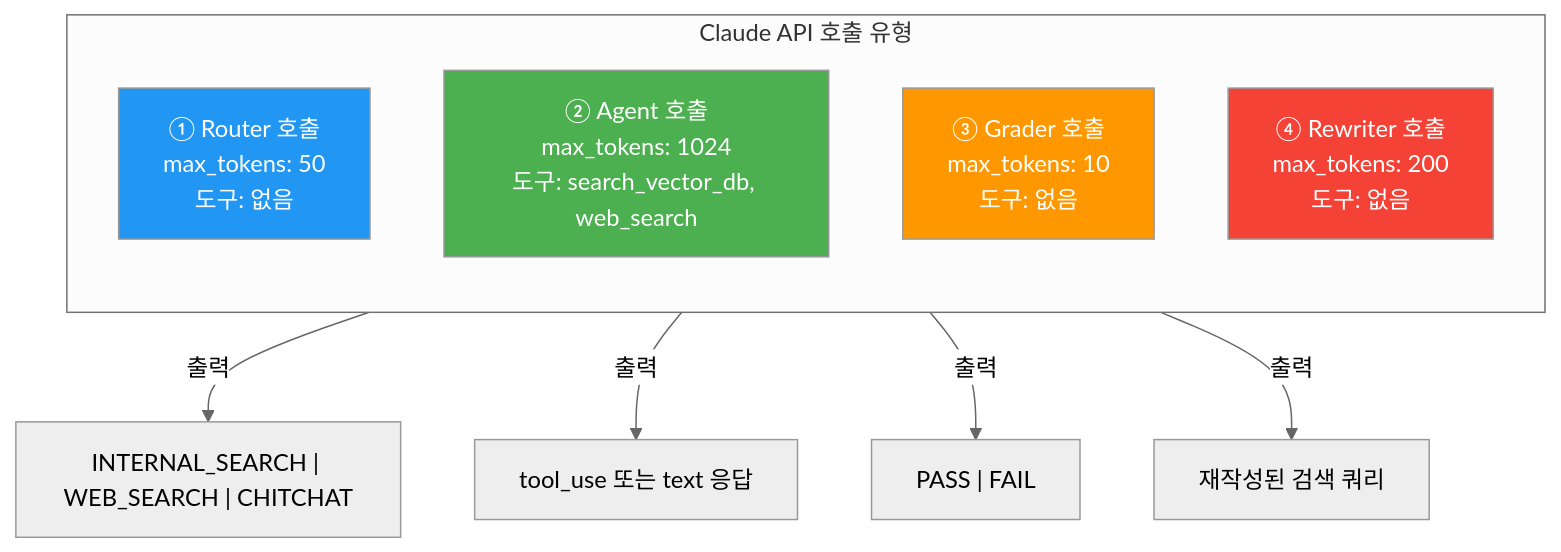
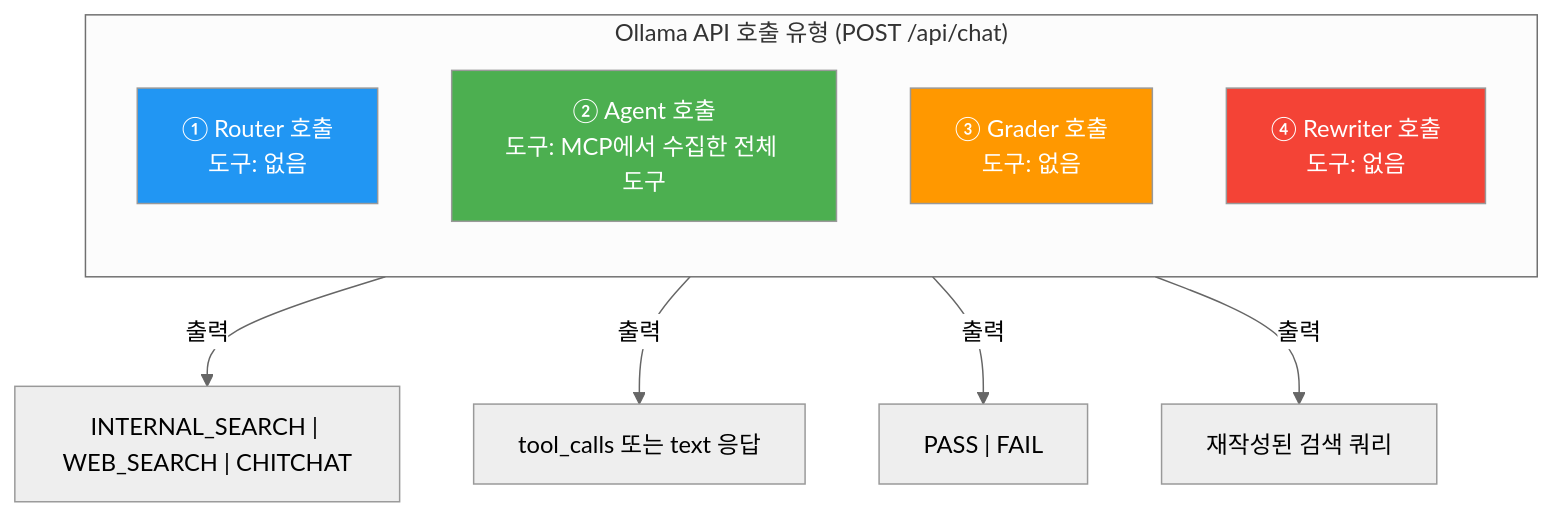
One commit to laurus-kpa007/agentic-rag-bot changed the second of 13 diagrams in docs/api-and-data-flow.md. Above: the diagram before and after it, drawn with Mermaid (neutral theme). The commit also changed other lines of this file and 4 other files, not shown here.

````diff
--- a/docs/api-and-data-flow.md
+++ b/docs/api-and-data-flow.md
@@ -38,21 +43,21 @@
 ```mermaid
 graph TD
-    subgraph "Claude API 호출 유형"
+    subgraph "Ollama API 호출 유형 (POST /api/chat)"
         direction TB
 
-        Call1["① Router 호출<br/>max_tokens: 50<br/>도구: 없음"]
-        Call2["② Agent 호출<br/>max_tokens: 1024<br/>도구: search_vector_db, web_search"]
-        Call3["③ Grader 호출<br/>max_tokens: 10<br/>도구: 없음"]
-        Call4["④ Rewriter 호출<br/>max_tokens: 200<br/>도구: 없음"]
+        Call1["① Router 호출<br/>도구: 없음"]
+        Call2["② Agent 호출<br/>도구: MCP에서 수집한 전체 도구"]
+        Call3["③ Grader 호출<br/>도구: 없음"]
+        Call4["④ Rewriter 호출<br/>도구: 없음"]
     end
 
     Call1 -->|"출력"| R1["INTERNAL_SEARCH | WEB_SEARCH | CHITCHAT"]
-    Call2 -->|"출력"| R2["tool_use 또는 text 응답"]
+    Call2 -->|"출력"| R2["tool_calls 또는 text 응답"]
     Call3 -->|"출력"| R3["PASS | FAIL"]
     Call4 -->|"출력"| R4["재작성된 검색 쿼리"]
 
     style Call1 fill:#2196F3,color:#fff
     style Call2 fill:#4CAF50,color:#fff
     style Call3 fill:#FF9800,color:#fff
     style Call4 fill:#F44336,color:#fff
 ```
````
